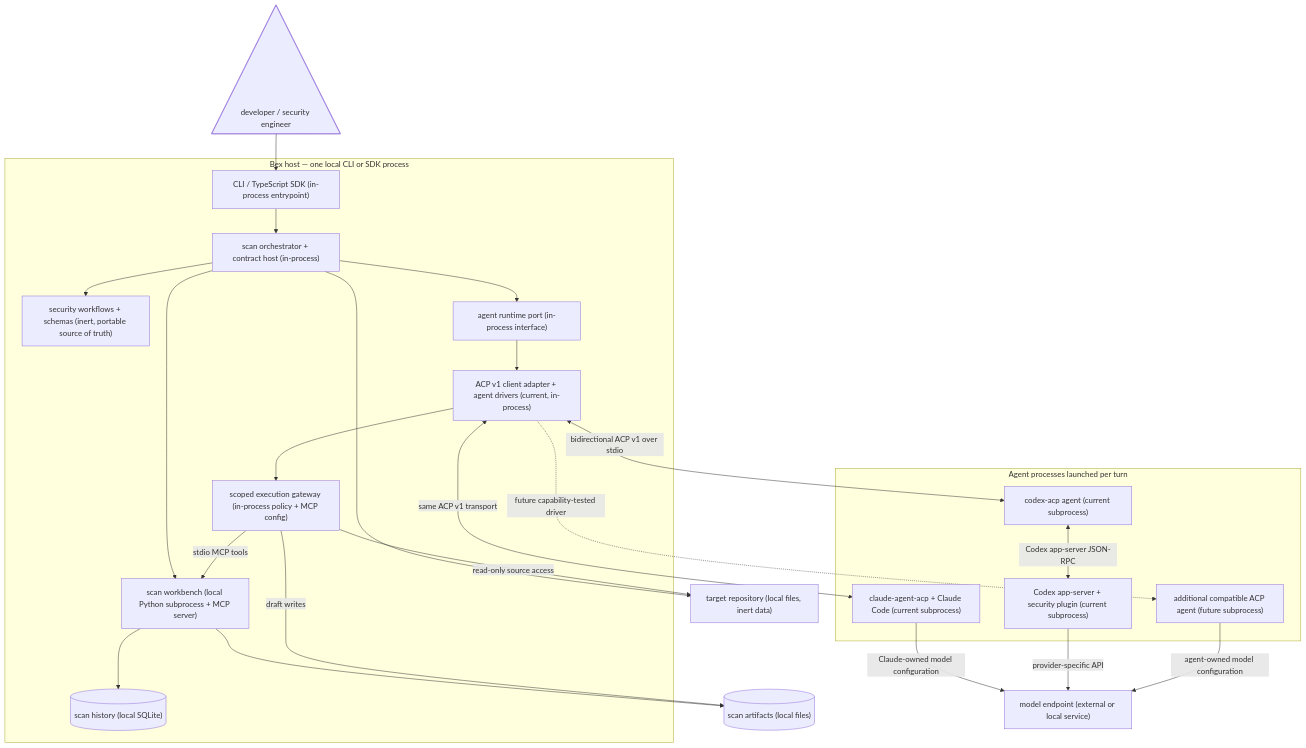
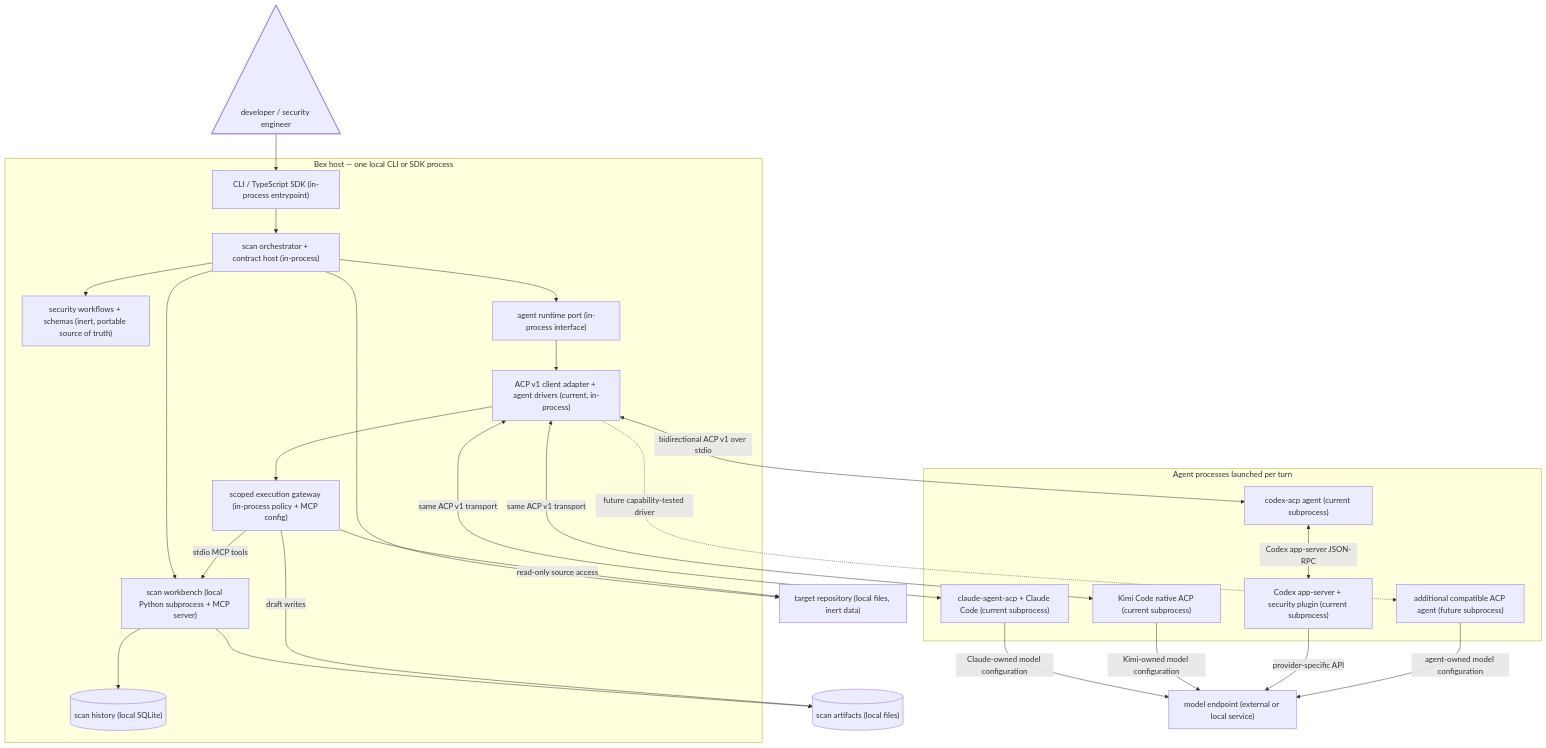
One commit to bex-co/bex-security changed the diagram in README.md. Above: the diagram before and after it, drawn with Mermaid. The commit also changed other lines of this file and 13 other files, not shown here.

Commit message:
feat: add native Kimi ACP support

````diff
--- a/README.md
+++ b/README.md
@@ -81,46 +84,49 @@
 ```mermaid
 flowchart TB
     operator@{ shape: tri, label: "developer / security engineer" }
     repo["target repository (local files, inert data)"]
     artifacts[("scan artifacts (local files)")]
     model["model endpoint (external or local service)"]
 
     subgraph host["Bex host — one local CLI or SDK process"]
         entry["CLI / TypeScript SDK (in-process entrypoint)"]
         orchestrator["scan orchestrator + contract host (in-process)"]
         workflow["security workflows + schemas (inert, portable source of truth)"]
         runtime["agent runtime port (in-process interface)"]
         workbench["scan workbench (local Python subprocess + MCP server)"]
         history[("scan history (local SQLite)")]
         gateway["scoped execution gateway (in-process policy + MCP config)"]
         acpAdapter["ACP v1 client adapter + agent drivers (current, in-process)"]
     end
 
     subgraph agents["Agent processes launched per turn"]
         codexAcp["codex-acp agent (current subprocess)"]
         codex["Codex app-server + security plugin (current subprocess)"]
         claudeAcp["claude-agent-acp + Claude Code (current subprocess)"]
+        kimiAcp["Kimi Code native ACP (current subprocess)"]
         acp["additional compatible ACP agent (future subprocess)"]
     end
 
     operator --> entry
     entry --> orchestrator
     orchestrator --> repo
     orchestrator --> workflow
     orchestrator --> runtime
     orchestrator --> workbench
     workbench --> history
     workbench --> artifacts
     runtime --> acpAdapter
     acpAdapter <-->|bidirectional ACP v1 over stdio| codexAcp
     acpAdapter <-->|same ACP v1 transport| claudeAcp
+    acpAdapter <-->|same ACP v1 transport| kimiAcp
     codexAcp <-->|Codex app-server JSON-RPC| codex
     acpAdapter -.->|future capability-tested driver| acp
     acpAdapter --> gateway
     gateway -->|read-only source access| repo
     gateway -->|draft writes| artifacts
     gateway -->|stdio MCP tools| workbench
     claudeAcp -->|Claude-owned model configuration| model
+    kimiAcp -->|Kimi-owned model configuration| model
     codex -->|provider-specific API| model
     acp -->|agent-owned model configuration| model
 ```
````
